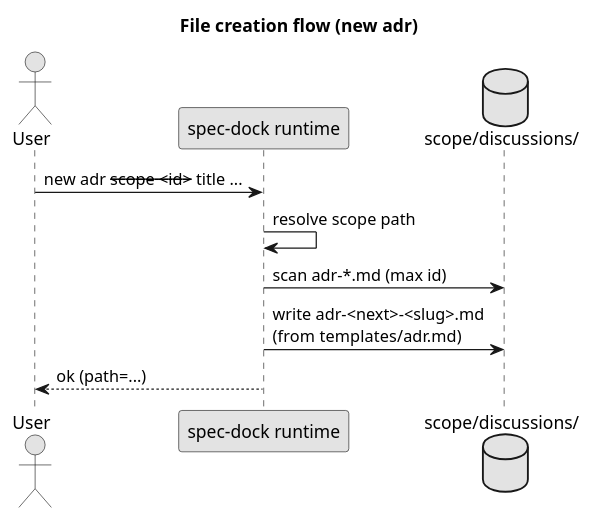
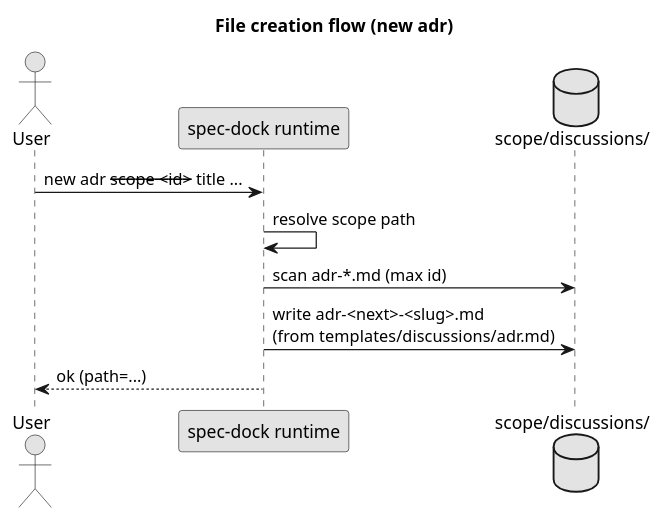
One commit to chemitaro/spec-dock changed the first of 3 diagrams in spec-deps/current/design.md. Above: the diagram before and after it, drawn with PlantUML. The commit also changed other lines of this file and 2 other files, not shown here.

First line of the commit message:
docs: discussions 配下仕様を確定し ADR/Doc 運用ルールを更新

````diff
--- a/spec-deps/current/design.md
+++ b/spec-deps/current/design.md
@@ -64,16 +64,16 @@
 ```plantuml
 @startuml
 skinparam monochrome true
 title File creation flow (new adr)
 
 actor User
 participant "spec-dock runtime" as RT
 database "scope/discussions/" as D
 
 User -> RT: new adr --scope <id> --title ...
 RT -> RT: resolve scope path
 RT -> D: scan adr-*.md (max id)
-RT -> D: write adr-<next>-<slug>.md\n(from templates/adr.md)
+RT -> D: write adr-<next>-<slug>.md\n(from templates/discussions/adr.md)
 RT --> User: ok (path=...)
 @enduml
 ```
````
